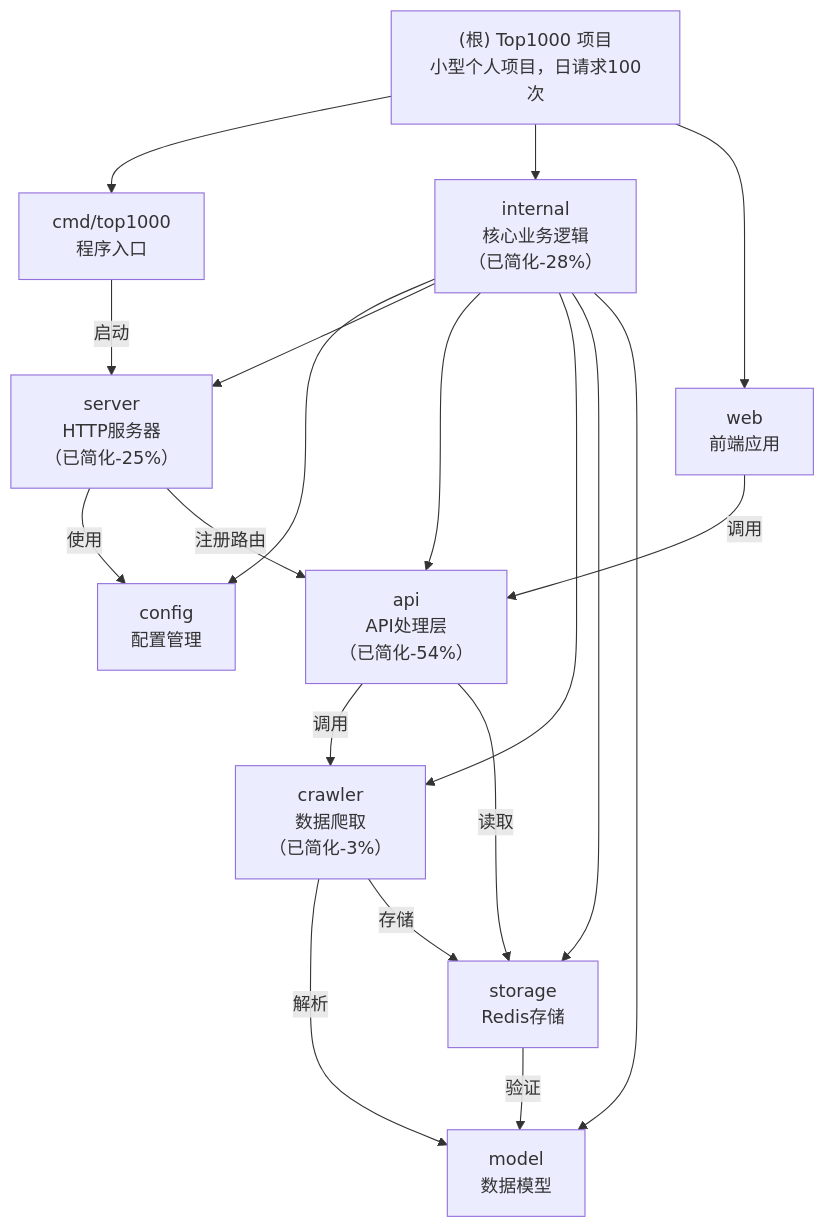
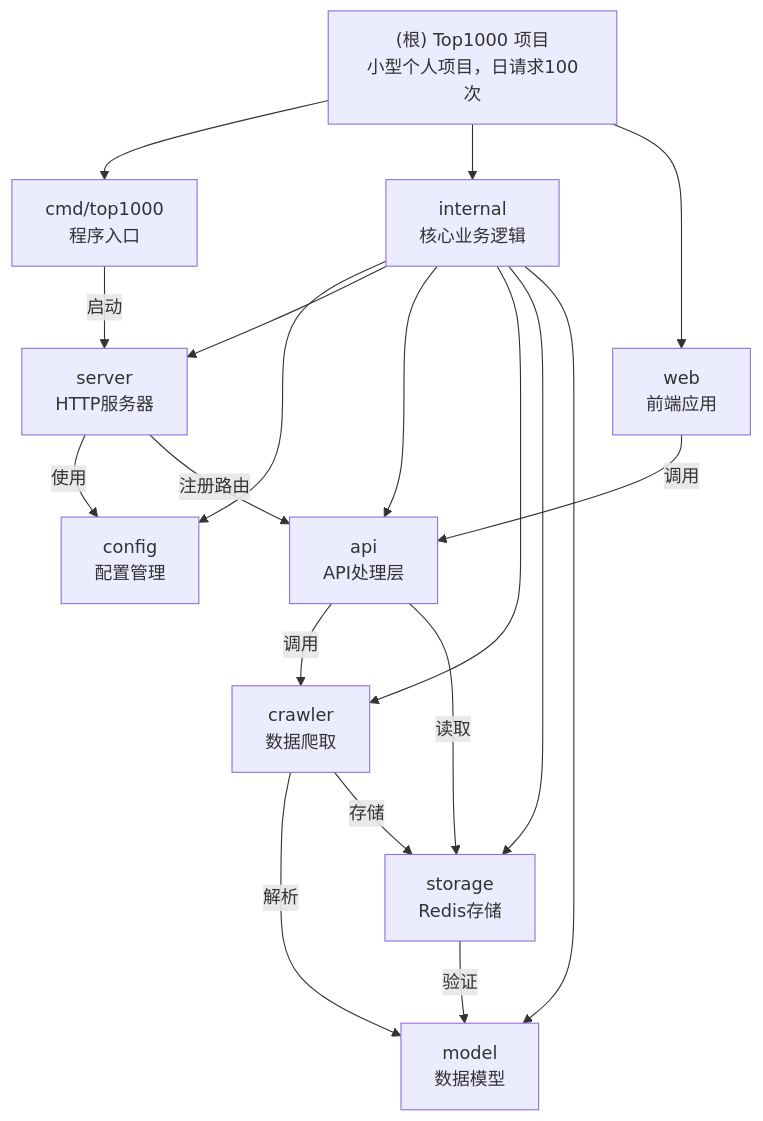
One commit to 782042369/top1000 changed the diagram in CLAUDE.md. Above: the diagram before and after it, drawn with Mermaid. The commit also changed other lines of this file and 11 other files, not shown here.

````diff
--- a/CLAUDE.md
+++ b/CLAUDE.md
@@ -135,33 +75,33 @@
 ```mermaid
 graph TD
     Root["(根) Top1000 项目<br/>小型个人项目，日请求100次"] --> CMD["cmd/top1000<br/>程序入口"]
-    Root --> Internal["internal<br/>核心业务逻辑<br/>（已简化-28%）"]
+    Root --> Internal["internal<br/>核心业务逻辑"]
     Root --> Web["web<br/>前端应用"]
 
     Internal --> Config["config<br/>配置管理"]
-    Internal --> Server["server<br/>HTTP服务器<br/>（已简化-25%）"]
-    Internal --> API["api<br/>API处理层<br/>（已简化-54%）"]
-    Internal --> Crawler["crawler<br/>数据爬取<br/>（已简化-3%）"]
+    Internal --> Server["server<br/>HTTP服务器"]
+    Internal --> API["api<br/>API处理层"]
+    Internal --> Crawler["crawler<br/>数据爬取"]
     Internal --> Storage["storage<br/>Redis存储"]
     Internal --> Model["model<br/>数据模型"]
 
     CMD -->|启动| Server
     Server -->|使用| Config
     Server -->|注册路由| API
     API -->|调用| Crawler
     API -->|读取| Storage
     Crawler -->|解析| Model
     Crawler -->|存储| Storage
     Storage -->|验证| Model
 
     Web -->|调用| API
 
     click CMD "cmd/top1000/CLAUDE.md" "查看程序入口文档"
     click Config "internal/config/CLAUDE.md" "查看配置管理文档"
     click Server "internal/server/CLAUDE.md" "查看服务器文档"
     click API "internal/api/CLAUDE.md" "查看API层文档"
     click Crawler "internal/crawler/CLAUDE.md" "查看爬虫文档"
     click Storage "internal/storage/CLAUDE.md" "查看存储层文档"
     click Model "internal/model/CLAUDE.md" "查看数据模型文档"
     click Web "web/CLAUDE.md" "查看前端文档"
 ```
````
